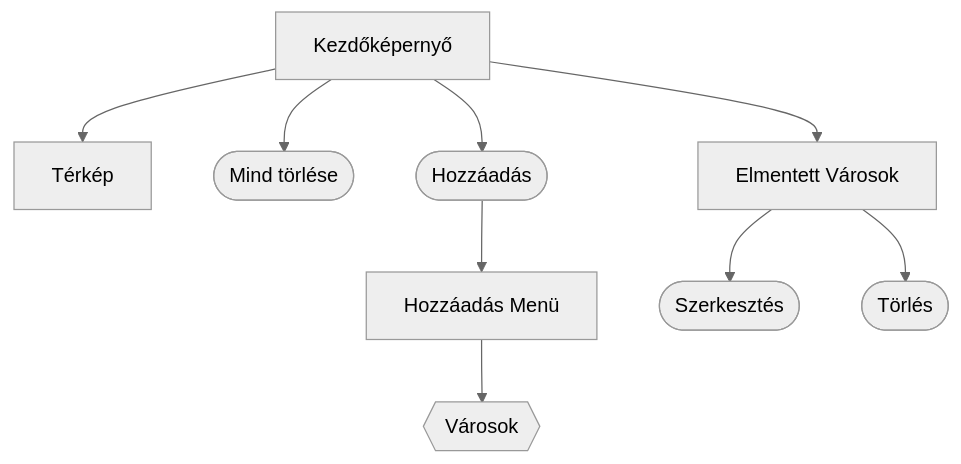
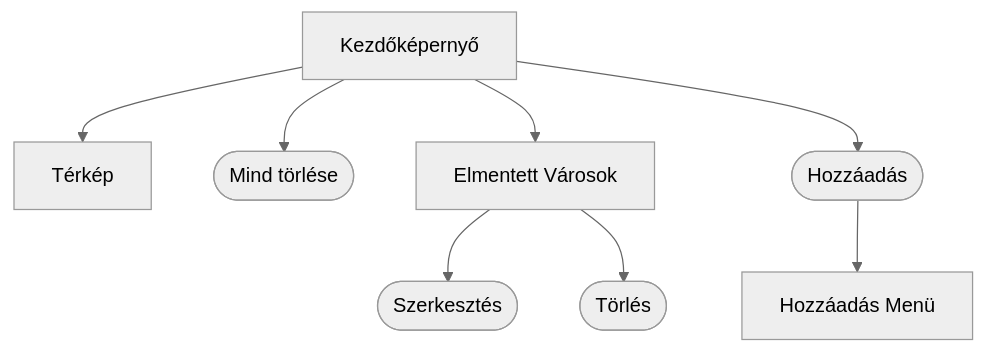
Before and after one commit to Exanim/Uni-Weather-app-project: the first of 2 diagrams in rendszerterv.md, drawn with Mermaid (neutral theme). The commit also changed other lines of this file, not shown here.

Commit message:
Removed redundant data

````diff
--- a/rendszerterv.md
+++ b/rendszerterv.md
@@ -35,21 +35,19 @@
 ```mermaid
 flowchart TD
     menu[Kezdőképernyő]
     map[Térkép]
     clearAll([Mind törlése])
     savedCities[Elmentett Városok]
     addCity([Hozzáadás])
     addCityMenu[Hozzáadás Menü]
     editExisting([Szerkesztés])
     deleteExisiting([Törlés])
-    list{{Városok}}
 
     menu --> map
     menu --> clearAll
     menu --> savedCities
     menu --> addCity
     addCity --> addCityMenu
     savedCities --> editExisting
     savedCities --> deleteExisiting
-    addCityMenu --> list
 ```
````
